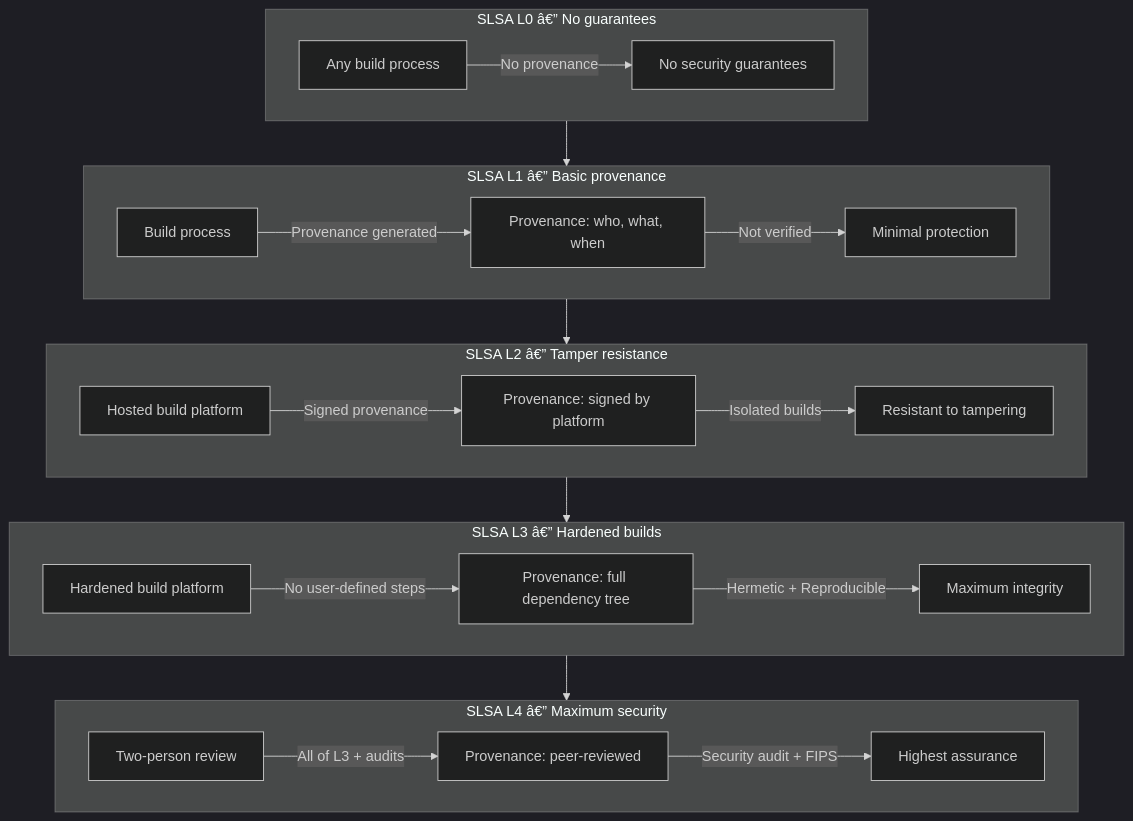
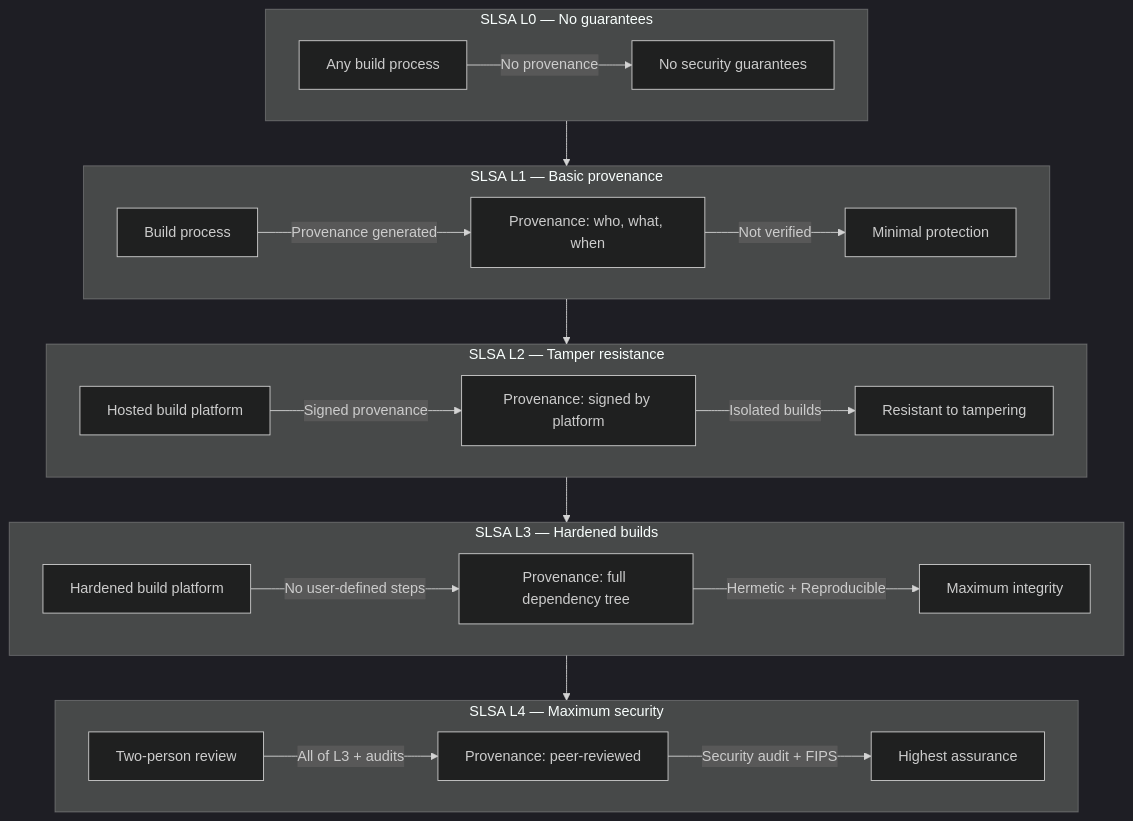
Before and after one commit to Raushan666java/ai-engineering-journey: the fourth of 5 diagrams in docs/courses/cyber-security/16-supply-chain-cicd.md, drawn with Mermaid (dark theme). The commit also changed other lines of this file and 965 other files, not shown here.

````diff
--- a/docs/courses/cyber-security/16-supply-chain-cicd.md
+++ b/docs/courses/cyber-security/16-supply-chain-cicd.md
@@ -2200,36 +2200,36 @@
 ```mermaid
 flowchart TB
-    subgraph SLSA_L0["SLSA L0 â€” No guarantees"]
+    subgraph SLSA_L0["SLSA L0 — No guarantees"]
         A0[Any build process]
         A0 -->|No provenance| A0e[No security guarantees]
     end
 
-    subgraph SLSA_L1["SLSA L1 â€” Basic provenance"]
+    subgraph SLSA_L1["SLSA L1 — Basic provenance"]
         B1[Build process]
         B1 -->|Provenance generated| P1[Provenance: who, what, when]
         P1 -->|Not verified| B1e[Minimal protection]
     end
 
-    subgraph SLSA_L2["SLSA L2 â€” Tamper resistance"]
+    subgraph SLSA_L2["SLSA L2 — Tamper resistance"]
         C2[Hosted build platform]
         C2 -->|Signed provenance| P2[Provenance: signed by platform]
         P2 -->|Isolated builds| C2e[Resistant to tampering]
     end
 
-    subgraph SLSA_L3["SLSA L3 â€” Hardened builds"]
+    subgraph SLSA_L3["SLSA L3 — Hardened builds"]
         D3[Hardened build platform]
         D3 -->|No user-defined steps| P3[Provenance: full dependency tree]
         P3 -->|Hermetic + Reproducible| D3e[Maximum integrity]
     end
 
-    subgraph SLSA_L4["SLSA L4 â€” Maximum security"]
+    subgraph SLSA_L4["SLSA L4 — Maximum security"]
         E4[Two-person review]
         E4 -->|All of L3 + audits| P4[Provenance: peer-reviewed]
         P4 -->|Security audit + FIPS| E4e[Highest assurance]
     end
 
     SLSA_L0 --> SLSA_L1
     SLSA_L1 --> SLSA_L2
     SLSA_L2 --> SLSA_L3
     SLSA_L3 --> SLSA_L4
 ```
````
